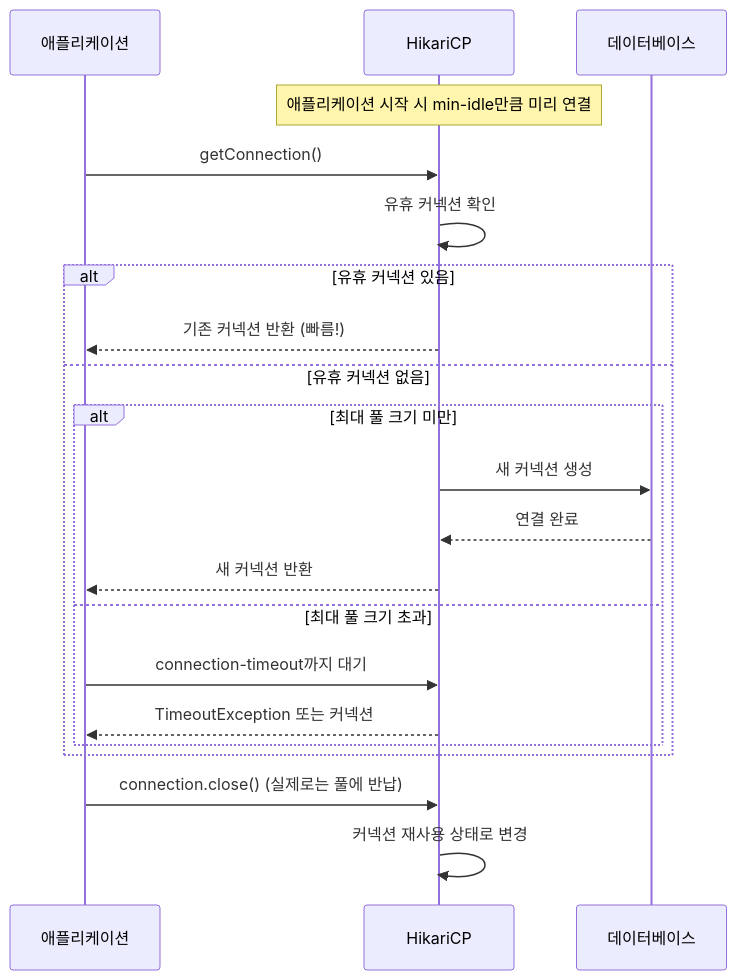
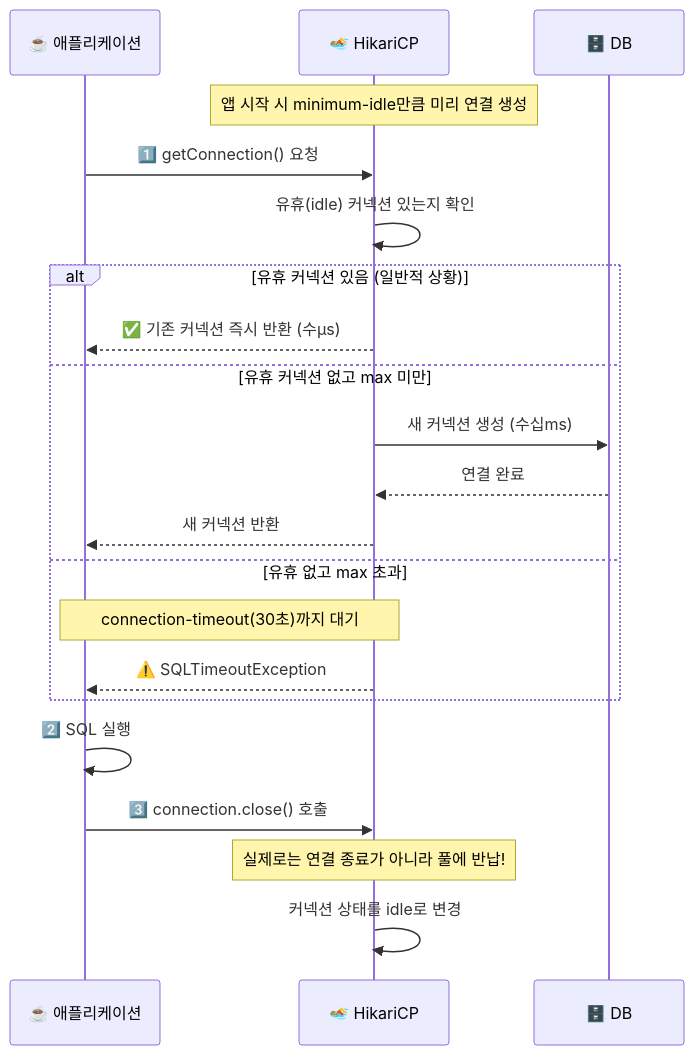
Before and after one commit to yjkim2015/yjkim2015.github.io: the third of 11 diagrams in _posts/spring/2026-05-02-spring-db-1.md, drawn with Mermaid. The commit also changed other lines of this file and 32 other files, not shown here.

````diff
--- a/_posts/spring/2026-05-02-spring-db-1.md
+++ b/_posts/spring/2026-05-02-spring-db-1.md
@@ -168,26 +165,27 @@
 ```mermaid
 sequenceDiagram
-    participant App as 애플리케이션
-    participant Pool as HikariCP
-    participant DB as 데이터베이스
+    participant App as ☕ 애플리케이션
+    participant Pool as 🏊 HikariCP
+    participant DB as 🗄️ DB
 
-    Note over Pool: 애플리케이션 시작 시 min-idle만큼 미리 연결
+    Note over Pool: 앱 시작 시 minimum-idle만큼 미리 연결 생성
 
-    App->>Pool: getConnection()
-    Pool->>Pool: 유휴 커넥션 확인
-    alt 유휴 커넥션 있음
-        Pool-->>App: 기존 커넥션 반환 (빠름!)
-    else 유휴 커넥션 없음
-        alt 최대 풀 크기 미만
-            Pool->>DB: 새 커넥션 생성
-            DB-->>Pool: 연결 완료
-            Pool-->>App: 새 커넥션 반환
-        else 최대 풀 크기 초과
-            App->>Pool: connection-timeout까지 대기
-            Pool-->>App: TimeoutException 또는 커넥션
-        end
+    App->>Pool: 1️⃣ getConnection() 요청
+    Pool->>Pool: 유휴(idle) 커넥션 있는지 확인
+
+    alt 유휴 커넥션 있음 (일반적 상황)
+        Pool-->>App: ✅ 기존 커넥션 즉시 반환 (수μs)
+    else 유휴 커넥션 없고 max 미만
+        Pool->>DB: 새 커넥션 생성 (수십ms)
+        DB-->>Pool: 연결 완료
+        Pool-->>App: 새 커넥션 반환
+    else 유휴 없고 max 초과
+        Note over App,Pool: connection-timeout(30초)까지 대기
+        Pool-->>App: ⚠️ SQLTimeoutException
     end
 
-    App->>Pool: connection.close() (실제로는 풀에 반납)
-    Pool->>Pool: 커넥션 재사용 상태로 변경
+    App->>App: 2️⃣ SQL 실행
+    App->>Pool: 3️⃣ connection.close() 호출
+    Note over Pool: 실제로는 연결 종료가 아니라 풀에 반납!
+    Pool->>Pool: 커넥션 상태를 idle로 변경
 ```
````
